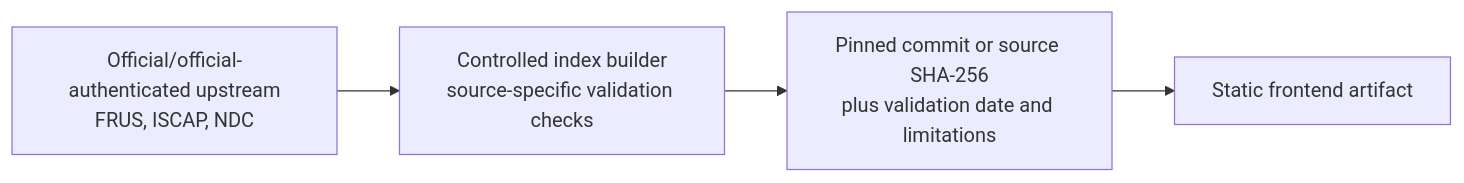
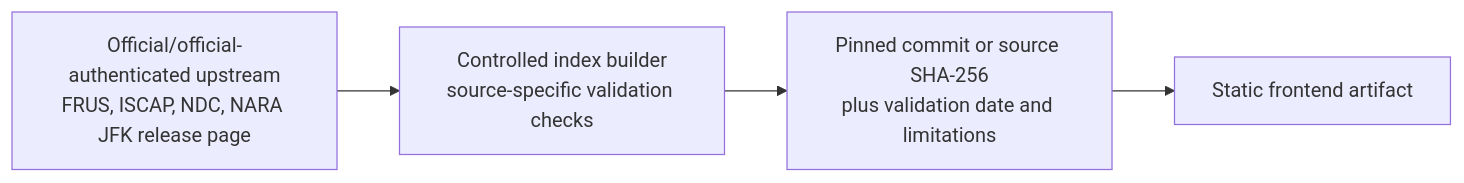
Before and after one commit to therealjameswilson/opstalia: the second of 2 diagrams in docs/SECURITY_MODEL.md, drawn with Mermaid. The commit also changed other lines of this file and 42 other files, not shown here.

First line of the commit message:
Add official NARA JFK release index (#9)

````diff
--- a/docs/SECURITY_MODEL.md
+++ b/docs/SECURITY_MODEL.md
@@ -97,9 +98,9 @@
 ```mermaid
 flowchart LR
-    O["Official/official-authenticated upstream<br/>FRUS, ISCAP, NDC"]
+    O["Official/official-authenticated upstream<br/>FRUS, ISCAP, NDC, NARA JFK release page"]
     R["Controlled index builder<br/>source-specific validation checks"]
     P["Pinned commit or source SHA-256<br/>plus validation date and limitations"]
     S["Static frontend artifact"]
 
     O --> R --> P --> S
 ```
````
